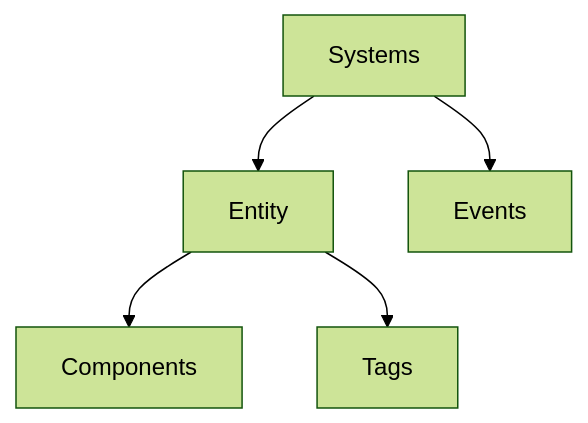
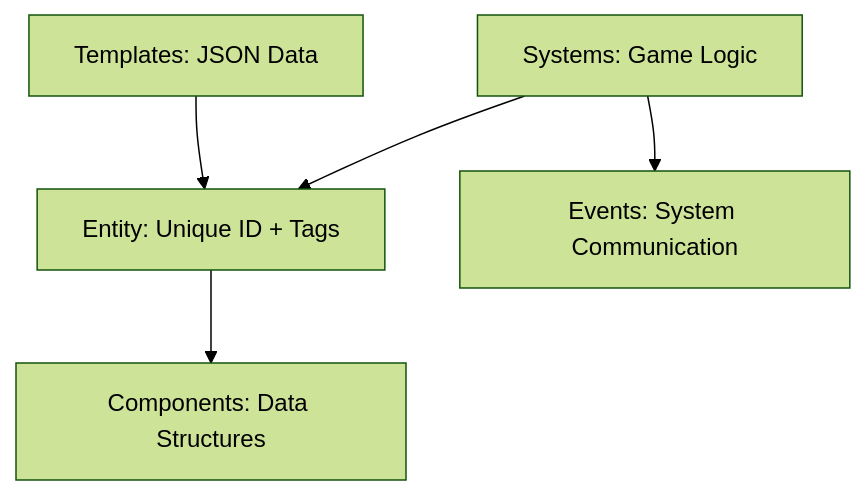
Before and after one commit to denialofself/Gearworld: the first of 6 diagrams in README.md, drawn with Mermaid (forest theme). The commit also changed other lines of this file and 16 other files, not shown here.

````diff
--- a/README.md
+++ b/README.md
@@ -24,7 +40,7 @@
 ```mermaid
 graph TD
-    A[Entity] --> B[Components]
-    A --> C[Tags]
-    D[Systems] --> A
-    D --> E[Events]
+    Entity[Entity: Unique ID + Tags] --> Components[Components: Data Structures]
+    Systems[Systems: Game Logic] --> Entity
+    Systems --> Events[Events: System Communication]
+    Templates[Templates: JSON Data] --> Entity
 ```
````
